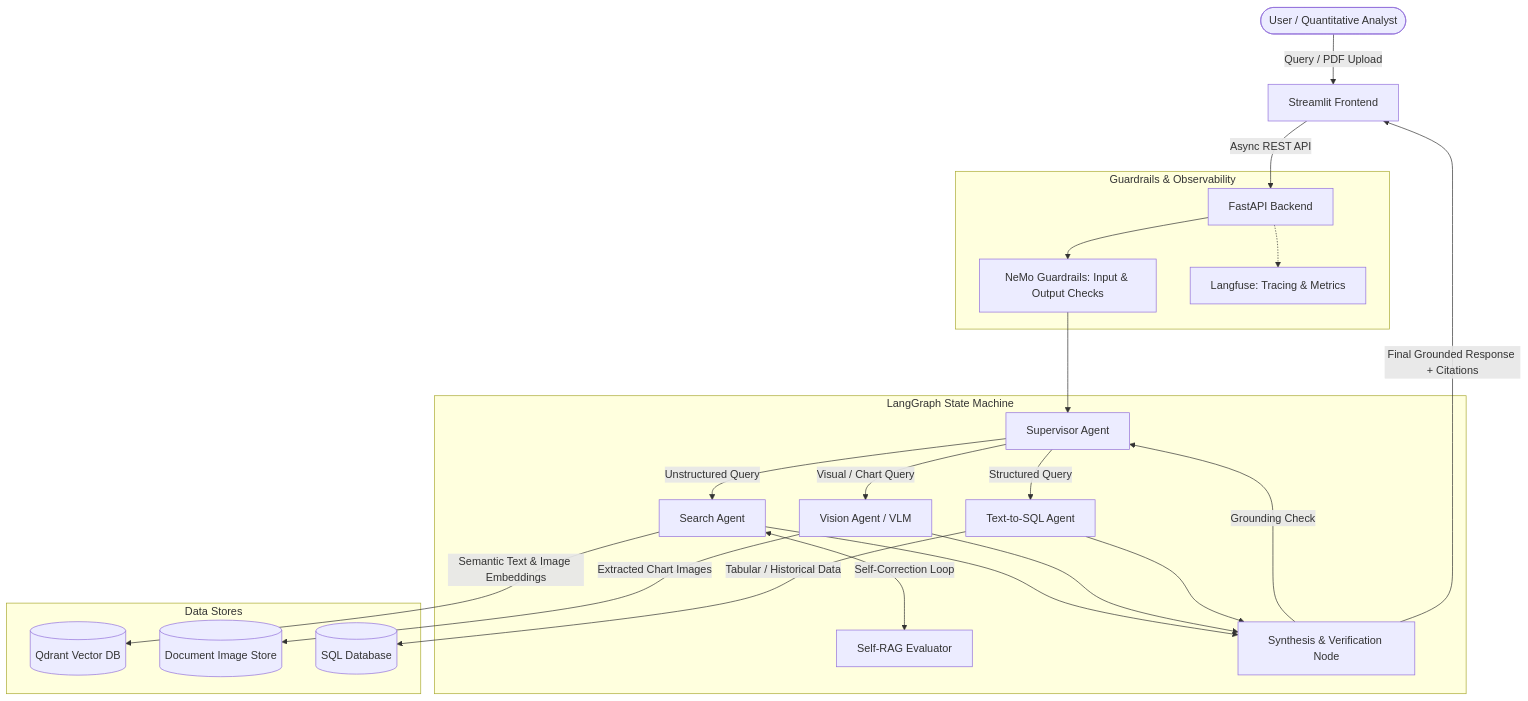
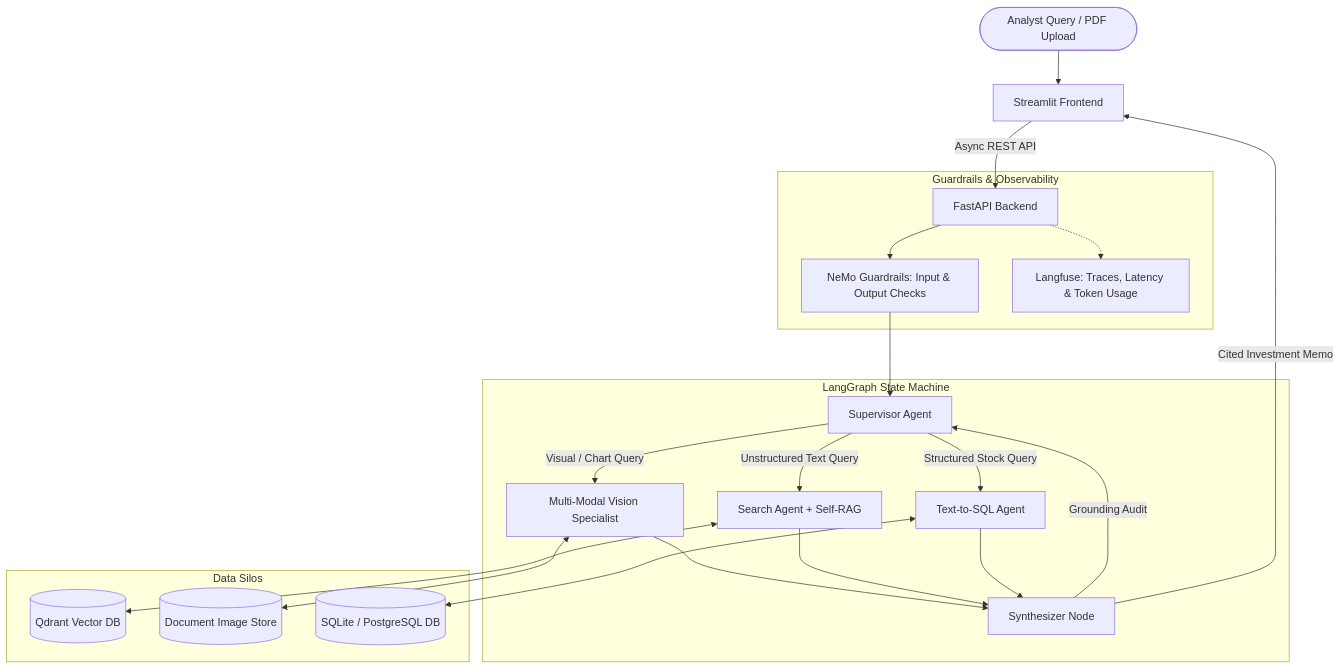
One commit to akhilcodi5/omnibrain-group2 changed the second of 2 diagrams in README.md. Above: the diagram before and after it, drawn with Mermaid. The commit also changed other lines of this file, not shown here.

Commit message:
docs: update comprehensive README with architecture, pod roles, and visual specialist pipeline

````diff
--- a/README.md
+++ b/README.md
@@ -85,34 +176,32 @@
 ```mermaid
 flowchart TD
-    User([User / Quantitative Analyst]) -->|Query / PDF Upload| UI[Streamlit Frontend]
+    User([Analyst Query / PDF Upload]) --> UI[Streamlit Frontend]
     UI -->|Async REST API| API[FastAPI Backend]
     
     subgraph Guardrails & Observability
         API --> NeMo[NeMo Guardrails: Input & Output Checks]
-        API -.-> Langfuse[Langfuse: Tracing & Metrics]
+        API -.-> Langfuse[Langfuse: Traces, Latency & Token Usage]
     end
 
     subgraph Agentic Orchestrator [LangGraph State Machine]
         NeMo --> Supervisor[Supervisor Agent]
         
-        Supervisor -->|Unstructured Query| SearchAgent[Search Agent]
-        Supervisor -->|Visual / Chart Query| VisionAgent[Vision Agent / VLM]
-        Supervisor -->|Structured Query| SQLAgent[Text-to-SQL Agent]
+        Supervisor -->|Visual / Chart Query| VisionAgent[Multi-Modal Vision Specialist]
+        Supervisor -->|Unstructured Text Query| SearchAgent[Search Agent + Self-RAG]
+        Supervisor -->|Structured Stock Query| SQLAgent[Text-to-SQL Agent]
         
-        SearchAgent <-->|Self-Correction Loop| SelfRAG[Self-RAG Evaluator]
-        
-        SearchAgent --> Synthesizer[Synthesis & Verification Node]
-        VisionAgent --> Synthesizer
+        VisionAgent --> Synthesizer[Synthesizer Node]
+        SearchAgent --> Synthesizer
         SQLAgent --> Synthesizer
         
-        Synthesizer -->|Grounding Check| Supervisor
+        Synthesizer -->|Grounding Audit| Supervisor
     end
 
-    subgraph Data Stores
-        SearchAgent -->|Semantic Text & Image Embeddings| Qdrant[(Qdrant Vector DB)]
-        VisionAgent -->|Extracted Chart Images| ImageStore[(Document Image Store)]
-        SQLAgent -->|Tabular / Historical Data| SQLDB[(SQL Database)]
+    subgraph Data Silos
+        SearchAgent <--> Qdrant[(Qdrant Vector DB)]
+        VisionAgent <--> ImageStore[(Document Image Store)]
+        SQLAgent <--> SQLDB[(SQLite / PostgreSQL DB)]
     end
 
-    Synthesizer -->|Final Grounded Response + Citations| UI
+    Synthesizer -->|Cited Investment Memo| UI
 ```
````
